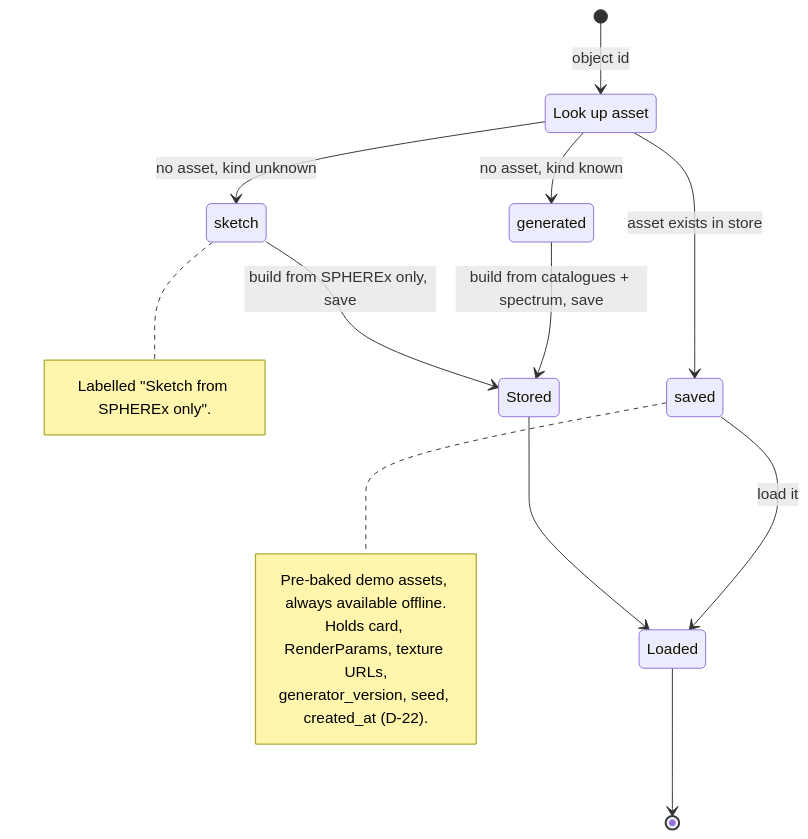
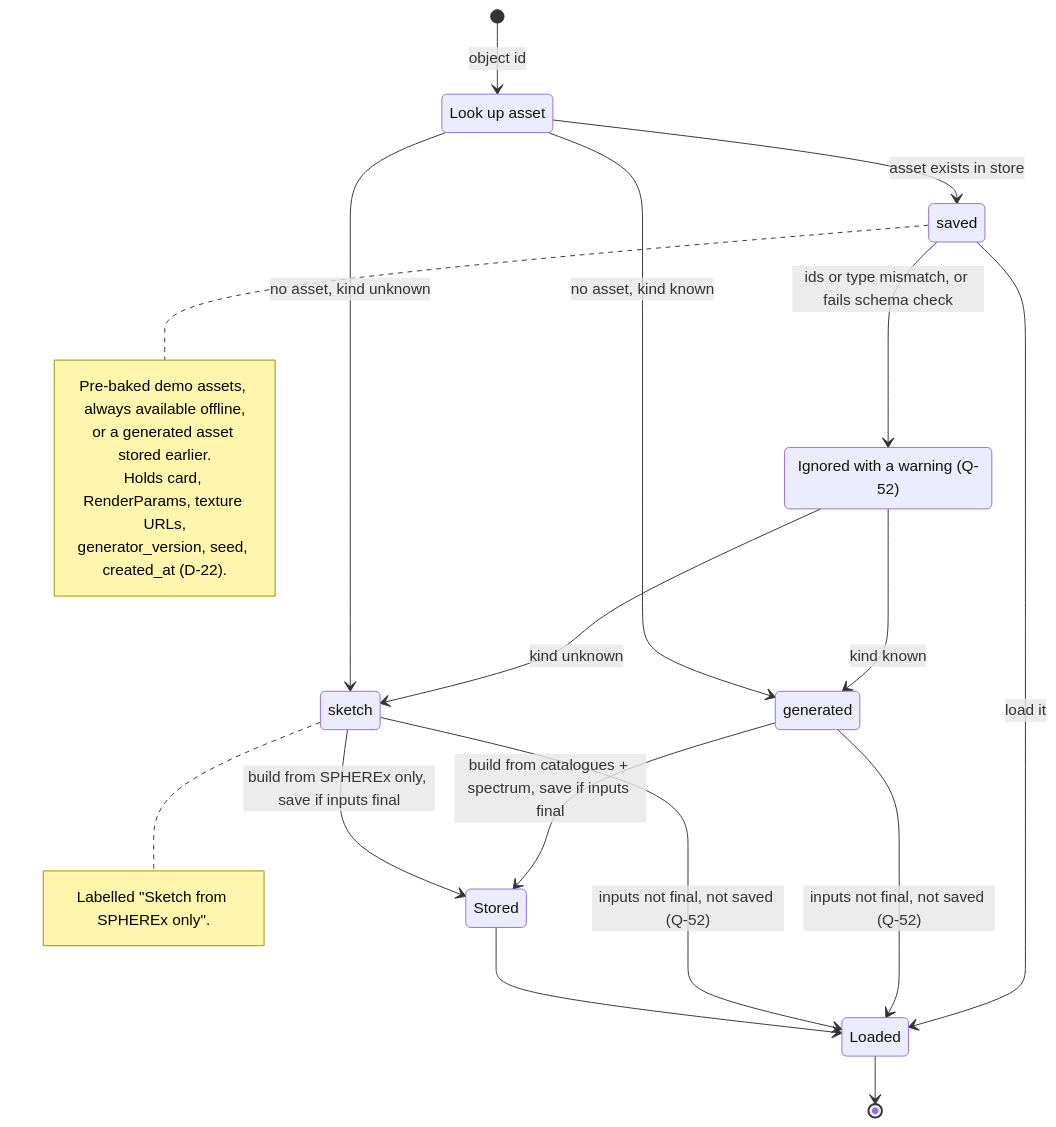
Before and after one commit to 0ffrian/SphereX: the first of 2 diagrams in docs/uml/16-state-asset-lookup.md, drawn with Mermaid. The commit also changed other lines of this file and 34 other files, not shown here.

````diff
--- a/docs/uml/16-state-asset-lookup.md
+++ b/docs/uml/16-state-asset-lookup.md
@@ -7,28 +7,35 @@
 ```mermaid
 stateDiagram-v2
   [*] --> Lookup : object id
   Lookup --> Saved : asset exists in store
+  Saved --> Rejected : ids or type mismatch, or fails schema check
+  Rejected --> Generated : kind known
+  Rejected --> Sketch : kind unknown
   Lookup --> Generated : no asset, kind known
   Lookup --> Sketch : no asset, kind unknown
 
   state "Look up asset" as Lookup
   state "saved" as Saved
+  state "Ignored with a warning (Q-52)" as Rejected
   state "generated" as Generated
   state "sketch" as Sketch
   state "Stored" as Stored
 
   Saved --> Loaded : load it
-  Generated --> Stored : build from catalogues + spectrum, save
-  Sketch --> Stored : build from SPHEREx only, save
+  Generated --> Stored : build from catalogues + spectrum, save if inputs final
+  Sketch --> Stored : build from SPHEREx only, save if inputs final
+  Generated --> Loaded : inputs not final, not saved (Q-52)
+  Sketch --> Loaded : inputs not final, not saved (Q-52)
   Stored --> Loaded
   Loaded --> [*]
 
   note right of Sketch
     Labelled "Sketch from SPHEREx only".
   end note
   note right of Saved
-    Pre-baked demo assets, always available offline.
+    Pre-baked demo assets, always available offline,
+    or a generated asset stored earlier.
     Holds card, RenderParams, texture URLs,
     generator_version, seed, created_at (D-22).
   end note
 ```
````
